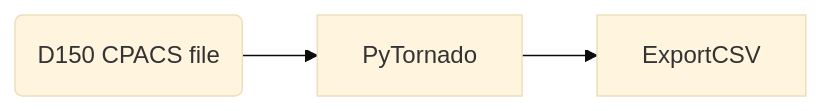
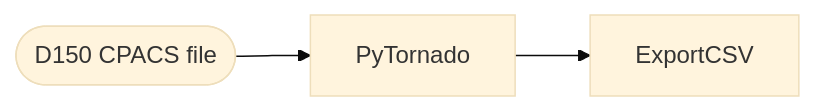
The diagram in test_cases/test_case_1/README.md (cfsengineering/CEASIOMpy), drawn with Mermaid (base theme) before and after one commit. The commit also changed 8 other files, not shown here.

````diff
--- a/test_cases/test_case_1/README.md
+++ b/test_cases/test_case_1/README.md
@@ -28,5 +28,5 @@
 ```mermaid
   graph LR;
-      D150(D150 CPACS file)-->PyTornado;
+      D150([D150 CPACS file])-->PyTornado;
       PyTornado-->ExportCSV;
 ```
````
